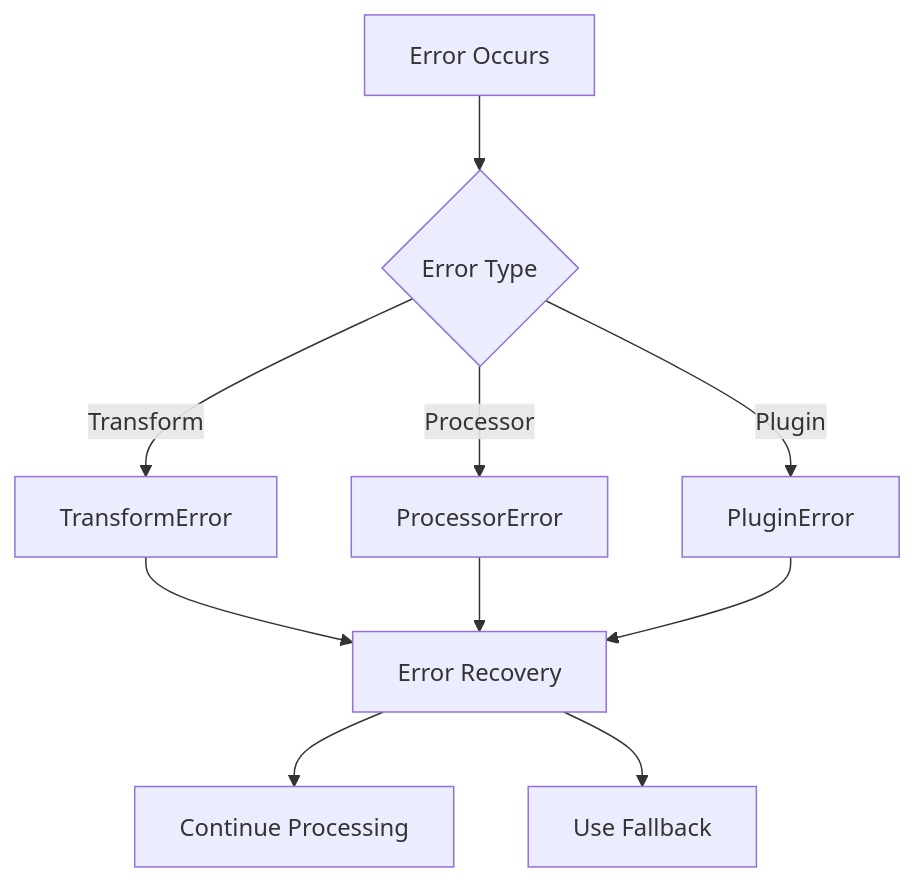
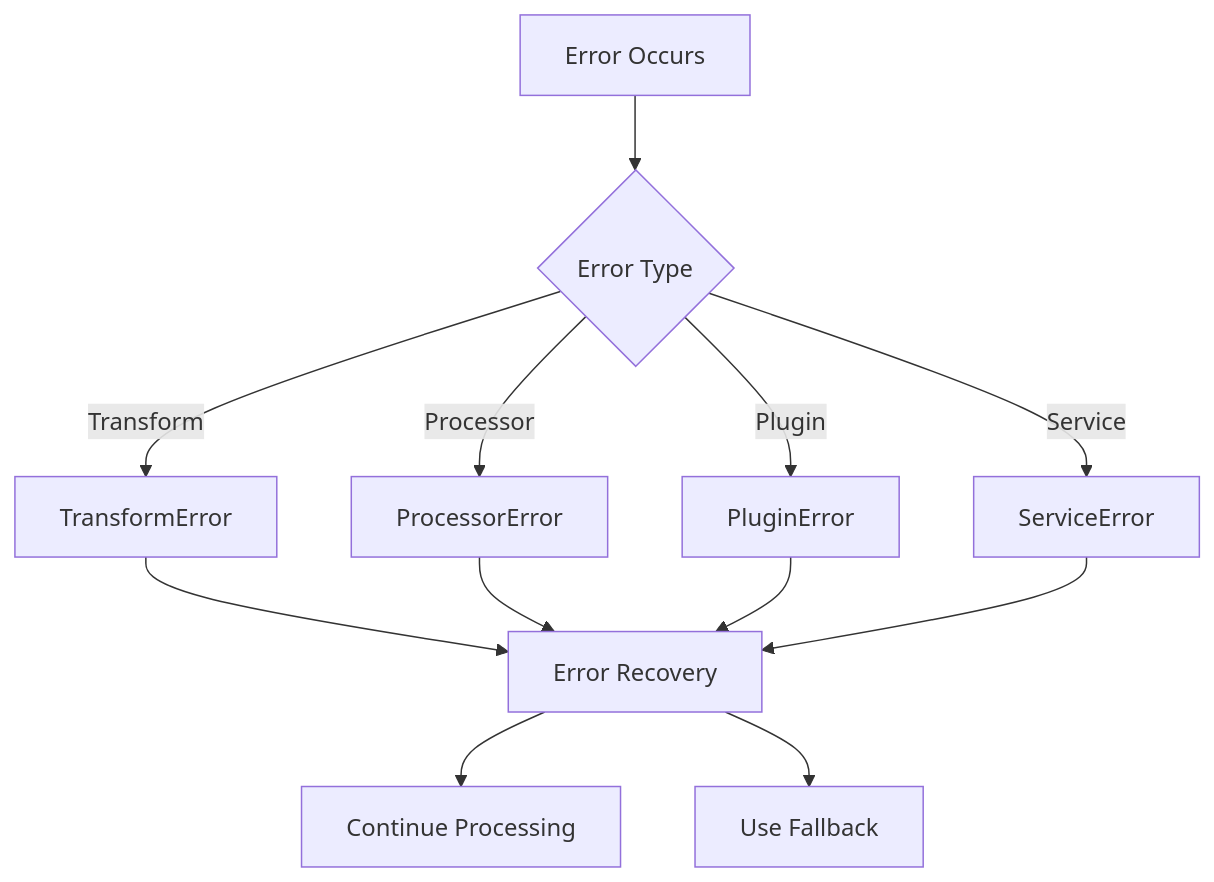
One commit to PotLock/curatedotfun changed the fourth of 5 diagrams in memory-bank/systemPatterns.md. Above: the diagram before and after it, drawn with Mermaid. The commit also changed other lines of this file and 3 other files, not shown here.

````diff
--- a/memory-bank/systemPatterns.md
+++ b/memory-bank/systemPatterns.md
@@ -155,12 +173,14 @@
 ```mermaid
 graph TD
     Error[Error Occurs] --> Type{Error Type}
     Type -->|Transform| TransformError[TransformError]
     Type -->|Processor| ProcessorError[ProcessorError]
     Type -->|Plugin| PluginError[PluginError]
+    Type -->|Service| ServiceError[ServiceError]
     TransformError --> Recovery[Error Recovery]
     ProcessorError --> Recovery
     PluginError --> Recovery
+    ServiceError --> Recovery
     Recovery --> Continue[Continue Processing]
     Recovery --> Fallback[Use Fallback]
 ```
````
